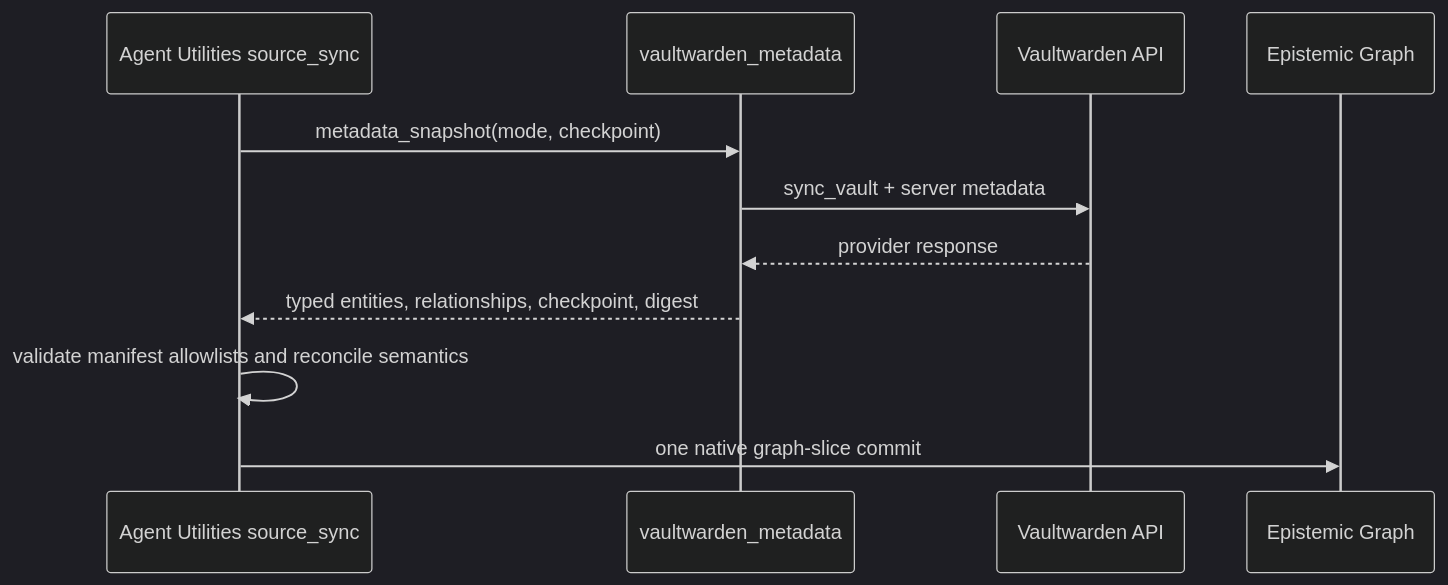
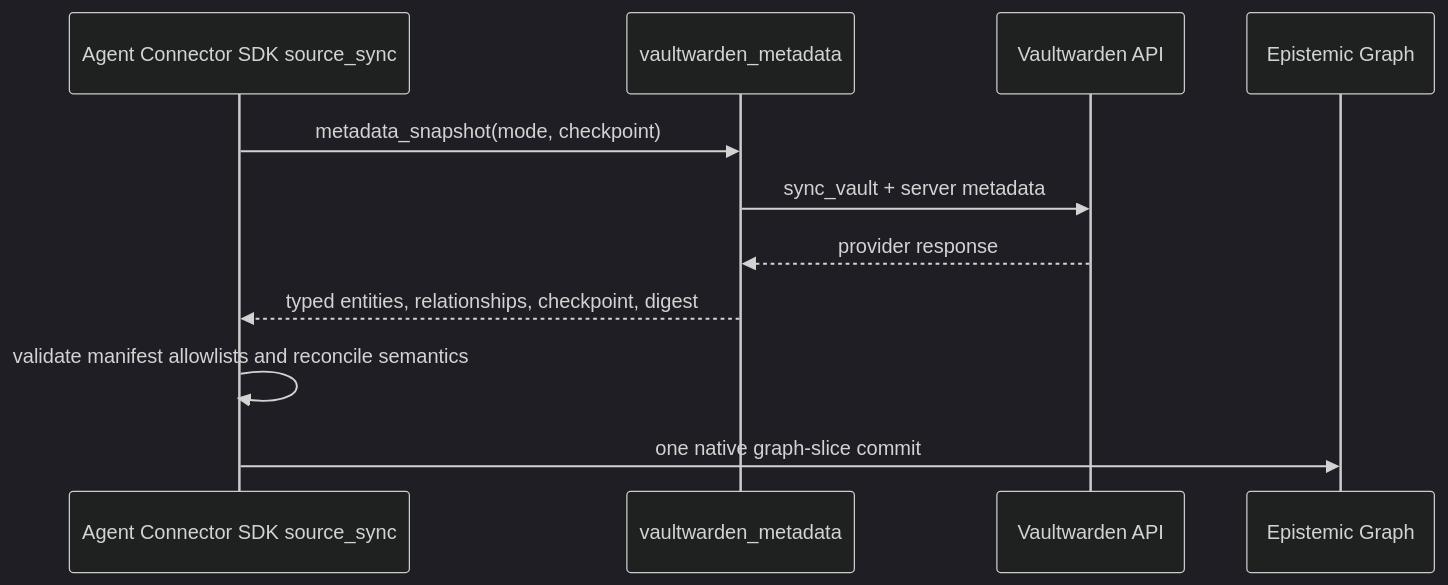
Before and after one commit to Knuckles-Team/vaultwarden-mcp: the diagram in docs/ingestion.md, drawn with Mermaid (dark theme). The commit also changed other lines of this file and 45 other files, not shown here.

````diff
--- a/docs/ingestion.md
+++ b/docs/ingestion.md
@@ -8,14 +8,14 @@
 ```mermaid
 sequenceDiagram
-    participant AU as Agent Utilities source_sync
+    participant AU as Agent Connector SDK source_sync
     participant MCP as vaultwarden_metadata
     participant VW as Vaultwarden API
     participant EG as Epistemic Graph
 
     AU->>MCP: metadata_snapshot(mode, checkpoint)
     MCP->>VW: sync_vault + server metadata
     VW-->>MCP: provider response
     MCP-->>AU: typed entities, relationships, checkpoint, digest
     AU->>AU: validate manifest allowlists and reconcile semantics
     AU->>EG: one native graph-slice commit
 ```
````
